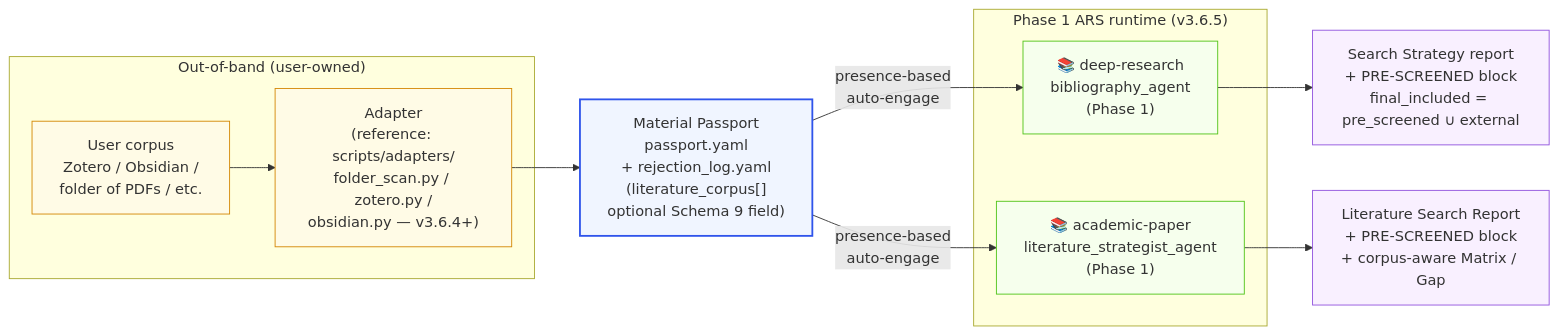
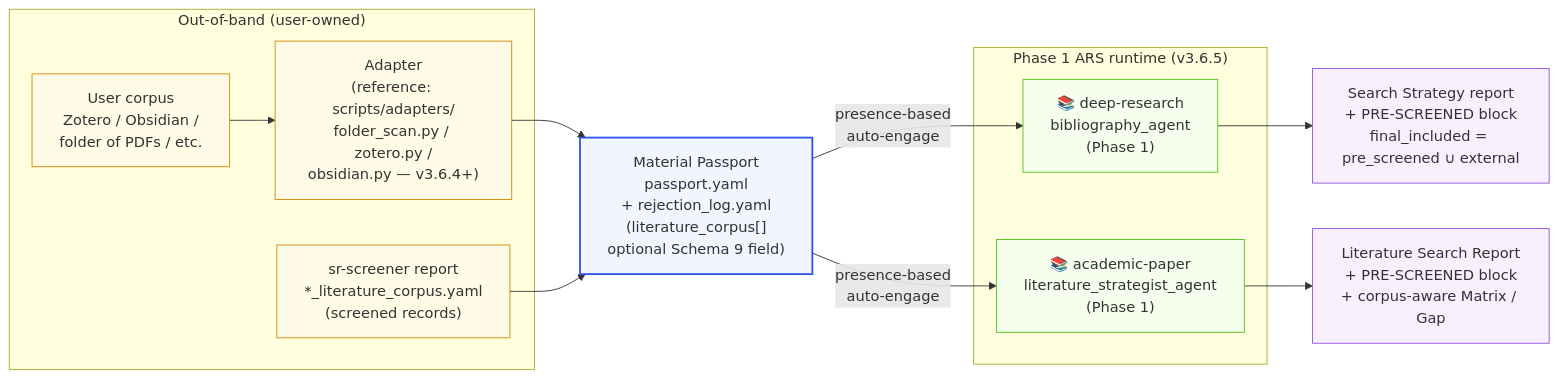
The third of 5 diagrams in docs/ARCHITECTURE.md (waterwoods-ai/academic-research-skills), drawn with Mermaid before and after one commit. The commit also changed other lines of this file and 88 other files, not shown here.

````diff
--- a/docs/ARCHITECTURE.md
+++ b/docs/ARCHITECTURE.md
@@ -169,27 +169,29 @@
 ```mermaid
 flowchart LR
     subgraph Producer["Out-of-band (user-owned)"]
         Source[User corpus<br/>Zotero / Obsidian /<br/>folder of PDFs / etc.]
         Adapter["Adapter<br/>(reference: scripts/adapters/<br/>folder_scan.py / zotero.py /<br/>obsidian.py — v3.6.4+)"]
         Source --> Adapter
+        Screener["sr-screener report<br/>*_literature_corpus.yaml<br/>(screened records)"]
     end
     Passport["Material Passport<br/>passport.yaml<br/>+ rejection_log.yaml<br/>(literature_corpus[]<br/>optional Schema 9 field)"]
     Adapter --> Passport
+    Screener --> Passport
     subgraph Consumer["Phase 1 ARS runtime (v3.6.5)"]
         BA["📚 deep-research<br/>bibliography_agent<br/>(Phase 1)"]
         LS["📚 academic-paper<br/>literature_strategist_agent<br/>(Phase 1)"]
     end
     Passport -- presence-based<br/>auto-engage --> BA
     Passport -- presence-based<br/>auto-engage --> LS
     BA --> SR1[Search Strategy report<br/>+ PRE-SCREENED block<br/>final_included = pre_screened ∪ external]
     LS --> SR2[Literature Search Report<br/>+ PRE-SCREENED block<br/>+ corpus-aware Matrix / Gap]
 
     classDef producer fill:#fffbe6,stroke:#d48806
     classDef passport fill:#f0f5ff,stroke:#2f54eb,stroke-width:2px
     classDef consumer fill:#f6ffed,stroke:#52c41a
     classDef report fill:#f9f0ff,stroke:#9254de
-    class Source,Adapter producer
+    class Source,Adapter,Screener producer
     class Passport passport
     class BA,LS consumer
     class SR1,SR2 report
 ```
````
